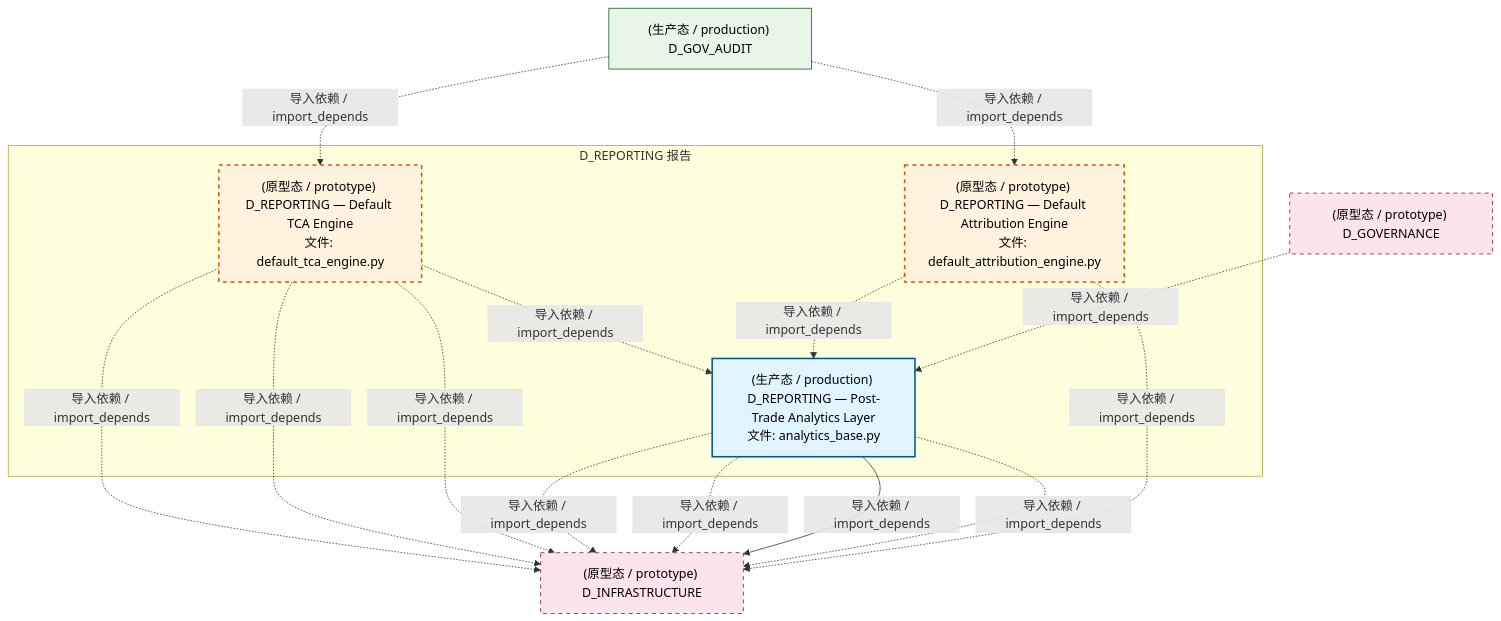
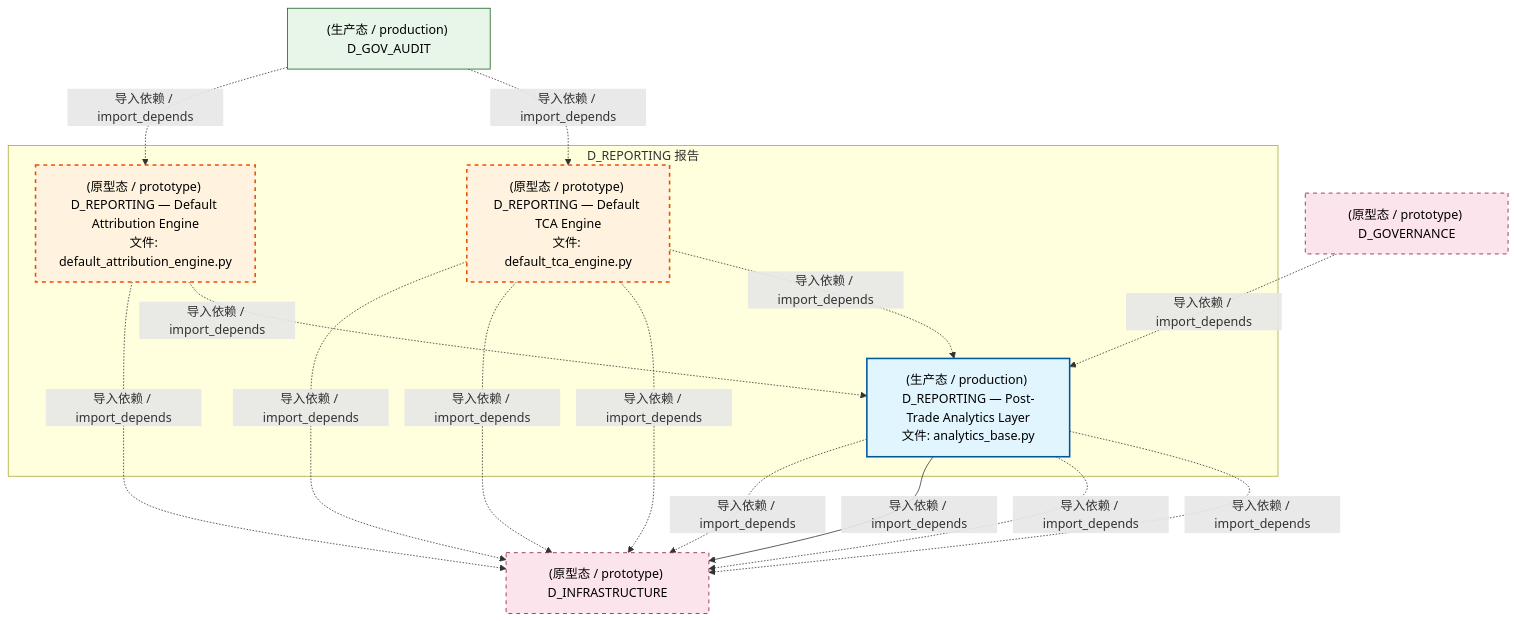
One commit to xuanFelixVan/ZephyrAlpha changed the first of 4 diagrams in docs/02_enterprise_architecture/02_domain_architecture_docs/23_d_reporting.md. Above: the diagram before and after it, drawn with Mermaid. The commit also changed other lines of this file and 89 other files, not shown here.

````diff
--- a/docs/02_enterprise_architecture/02_domain_architecture_docs/23_d_reporting.md
+++ b/docs/02_enterprise_architecture/02_domain_architecture_docs/23_d_reporting.md
@@ -65,32 +65,32 @@
 ```mermaid
 graph TD
     subgraph D_REPORTING["D_REPORTING 报告"]
         src_zephyr_reporting_analytics_base_py["(生产态 / production) D_REPORTING — Post-Trade Analytics Layer<br/>文件: analytics_base.py"]
         src_zephyr_reporting_default_attribution_engine_py["(原型态 / prototype) D_REPORTING — Default Attribution Engine<br/>文件: default_attribution_engine.py"]
         src_zephyr_reporting_default_tca_engine_py["(原型态 / prototype) D_REPORTING — Default TCA Engine<br/>文件: default_tca_engine.py"]
     end
+    src_zephyr_reporting_default_attribution_engine_py -.->|导入依赖 / import_depends| src_zephyr_reporting_analytics_base_py
     src_zephyr_reporting_default_tca_engine_py -.->|导入依赖 / import_depends| src_zephyr_reporting_analytics_base_py
-    src_zephyr_reporting_default_attribution_engine_py -.->|导入依赖 / import_depends| src_zephyr_reporting_analytics_base_py
     D_INFRASTRUCTURE["(原型态 / prototype) D_INFRASTRUCTURE"]
+    src_zephyr_reporting_analytics_base_py -.->|导入依赖 / import_depends| D_INFRASTRUCTURE
     src_zephyr_reporting_default_tca_engine_py -.->|导入依赖 / import_depends| D_INFRASTRUCTURE
     src_zephyr_reporting_default_tca_engine_py -.->|导入依赖 / import_depends| D_INFRASTRUCTURE
-    src_zephyr_reporting_default_tca_engine_py -.->|导入依赖 / import_depends| D_INFRASTRUCTURE
-    src_zephyr_reporting_analytics_base_py -.->|导入依赖 / import_depends| D_INFRASTRUCTURE
     src_zephyr_reporting_analytics_base_py -.->|导入依赖 / import_depends| D_INFRASTRUCTURE
     src_zephyr_reporting_analytics_base_py -->|导入依赖 / import_depends| D_INFRASTRUCTURE
     src_zephyr_reporting_analytics_base_py -.->|导入依赖 / import_depends| D_INFRASTRUCTURE
     src_zephyr_reporting_default_attribution_engine_py -.->|导入依赖 / import_depends| D_INFRASTRUCTURE
+    src_zephyr_reporting_default_tca_engine_py -.->|导入依赖 / import_depends| D_INFRASTRUCTURE
     D_GOV_AUDIT["(生产态 / production) D_GOV_AUDIT"]
     D_GOV_AUDIT -.->|导入依赖 / import_depends| src_zephyr_reporting_default_tca_engine_py
     D_GOV_AUDIT -.->|导入依赖 / import_depends| src_zephyr_reporting_default_attribution_engine_py
     D_GOVERNANCE["(原型态 / prototype) D_GOVERNANCE"]
     D_GOVERNANCE -.->|导入依赖 / import_depends| src_zephyr_reporting_analytics_base_py
     classDef production fill:#e1f5fe,stroke:#01579b,stroke-width:2px,color:#000
     classDef design fill:#fff3e0,stroke:#e65100,stroke-width:2px,color:#000,stroke-dasharray: 5 5
     classDef external_prod fill:#e8f5e9,stroke:#1b5e20,stroke-width:1px,color:#000
     classDef external_design fill:#fce4ec,stroke:#880e4f,stroke-width:1px,color:#000,stroke-dasharray: 5 5
     class src_zephyr_reporting_analytics_base_py production
     class src_zephyr_reporting_default_attribution_engine_py,src_zephyr_reporting_default_tca_engine_py design
     class D_GOV_AUDIT external_prod
     class D_INFRASTRUCTURE,D_GOVERNANCE external_design
 ```
````
